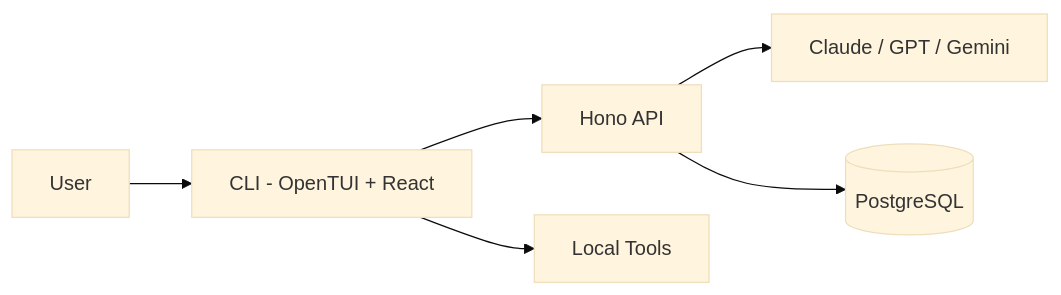
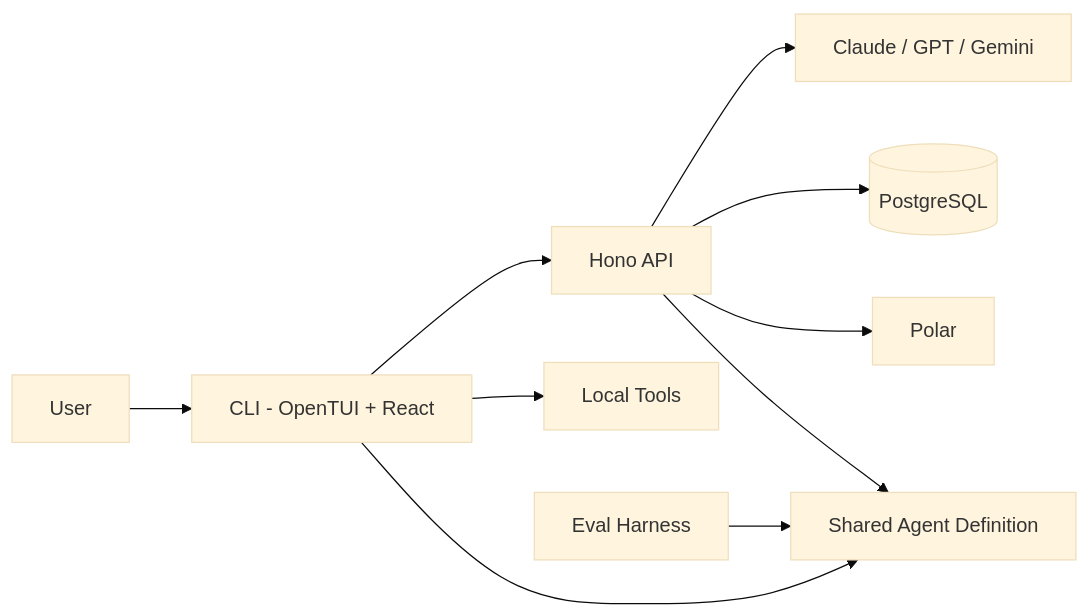
One commit to 101xAnshu/agent-snow changed the diagram in README.md. Above: the diagram before and after it, drawn with Mermaid (base theme). The commit also changed other lines of this file and 6 other files, not shown here.

````diff
--- a/README.md
+++ b/README.md
@@ -46,8 +47,12 @@
 ```mermaid
 flowchart LR
     User[User] --> CLI[CLI - OpenTUI + React]
     CLI --> Server[Hono API]
     CLI --> Tools[Local Tools]
     Server --> Models[Claude / GPT / Gemini]
     Server --> DB[(PostgreSQL)]
+    Server --> Polar[Polar]
+    CLI --> Agent[Shared Agent Definition]
+    Server --> Agent
+    Harness[Eval Harness] --> Agent
 ```
````
